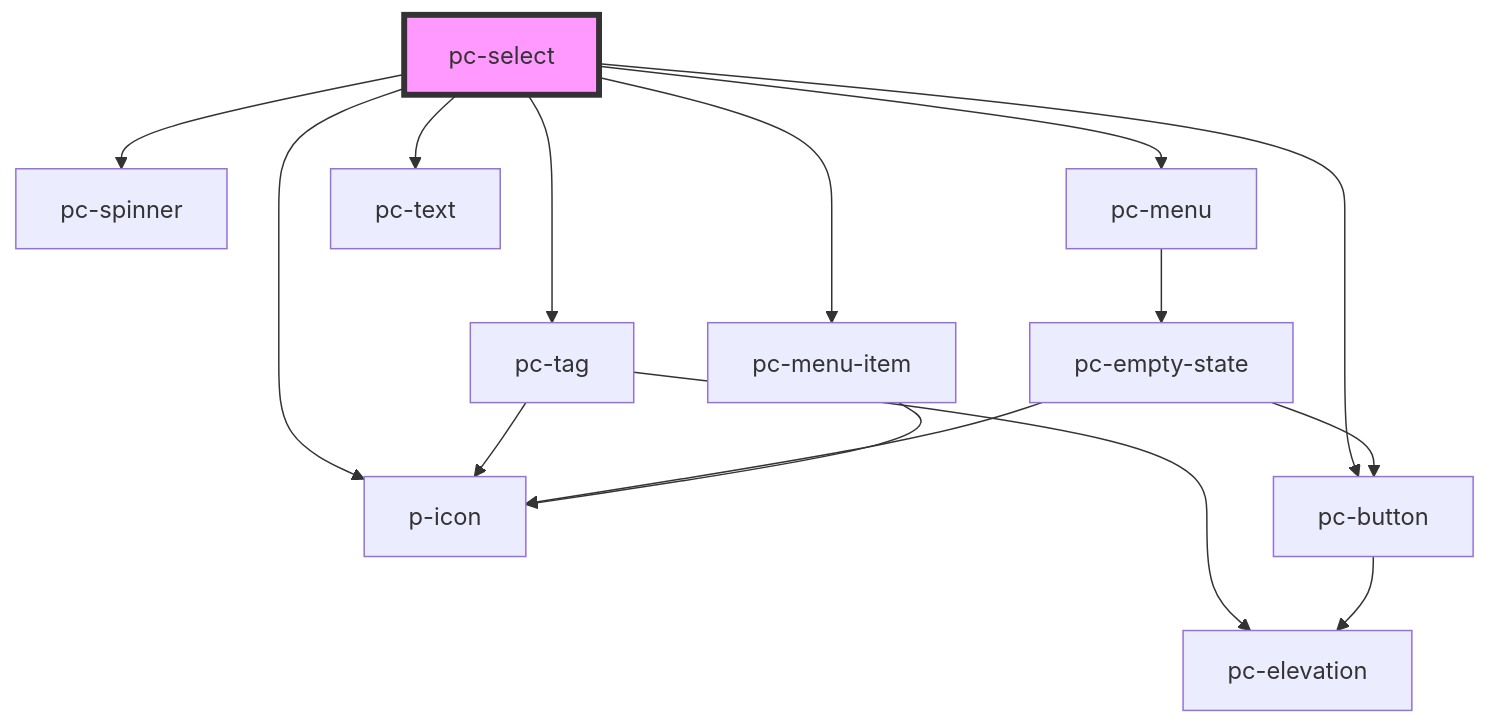
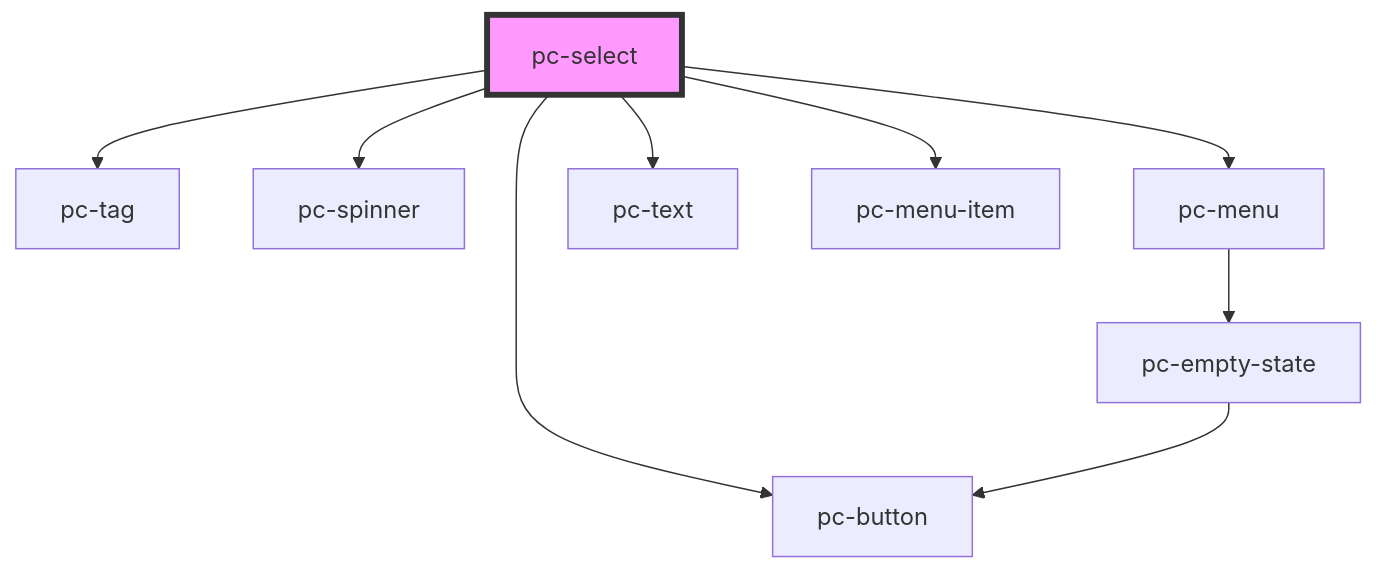
One commit to redvars/peacock changed the diagram in src/components/input-controls/select/readme.md. Above: the diagram before and after it, drawn with Mermaid. The commit also changed other lines of this file and 135 other files, not shown here.

````diff
--- a/src/components/input-controls/select/readme.md
+++ b/src/components/input-controls/select/readme.md
@@ -107,18 +106,12 @@
 ```mermaid
 graph TD;
-  pc-select --> p-icon
   pc-select --> pc-tag
   pc-select --> pc-button
   pc-select --> pc-spinner
   pc-select --> pc-menu
   pc-select --> pc-text
   pc-select --> pc-menu-item
-  pc-tag --> p-icon
-  pc-tag --> pc-elevation
-  pc-button --> pc-elevation
   pc-menu --> pc-empty-state
-  pc-empty-state --> p-icon
   pc-empty-state --> pc-button
-  pc-menu-item --> p-icon
   style pc-select fill:#f9f,stroke:#333,stroke-width:4px
 ```
````
